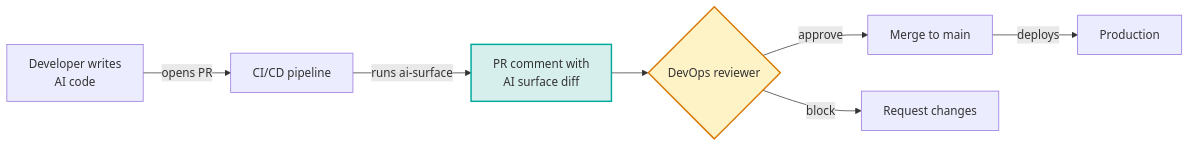
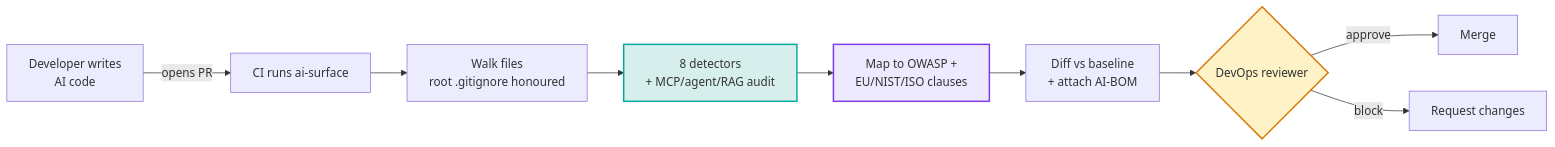
The diagram in README.md (actions-marketplace-validations/apisec-inc_AI-Surface), drawn with Mermaid before and after one commit. The commit also changed other lines of this file and 9 other files, not shown here.

````diff
--- a/README.md
+++ b/README.md
@@ -97,12 +332,15 @@
 ```mermaid
 flowchart LR
-    A[Developer writes<br/>AI code] -->|opens PR| B[CI/CD pipeline]
-    B -->|runs ai-surface| C[PR comment with<br/>AI surface diff]
-    C --> D{DevOps reviewer}
-    D -->|approve| E[Merge to main]
-    D -->|block| F[Request changes]
-    E -->|deploys| G[Production]
+    A[Developer writes<br/>AI code] -->|opens PR| B[CI runs ai-surface]
+    B --> C[Walk files<br/>root .gitignore honoured]
+    C --> D[8 detectors<br/>+ MCP/agent/RAG audit]
+    D --> E[Map to OWASP +<br/>EU/NIST/ISO clauses]
+    E --> F[Diff vs baseline<br/>+ attach AI-BOM]
+    F --> G{DevOps reviewer}
+    G -->|approve| H[Merge]
+    G -->|block| I[Request changes]
 
-    style C fill:#d6efec,stroke:#00a99d,stroke-width:2px
-    style D fill:#fef3c7,stroke:#d97706,stroke-width:2px
+    style D fill:#d6efec,stroke:#00a99d,stroke-width:2px
+    style E fill:#ede9fe,stroke:#7c3aed,stroke-width:2px
+    style G fill:#fef3c7,stroke:#d97706,stroke-width:2px
 ```
````
